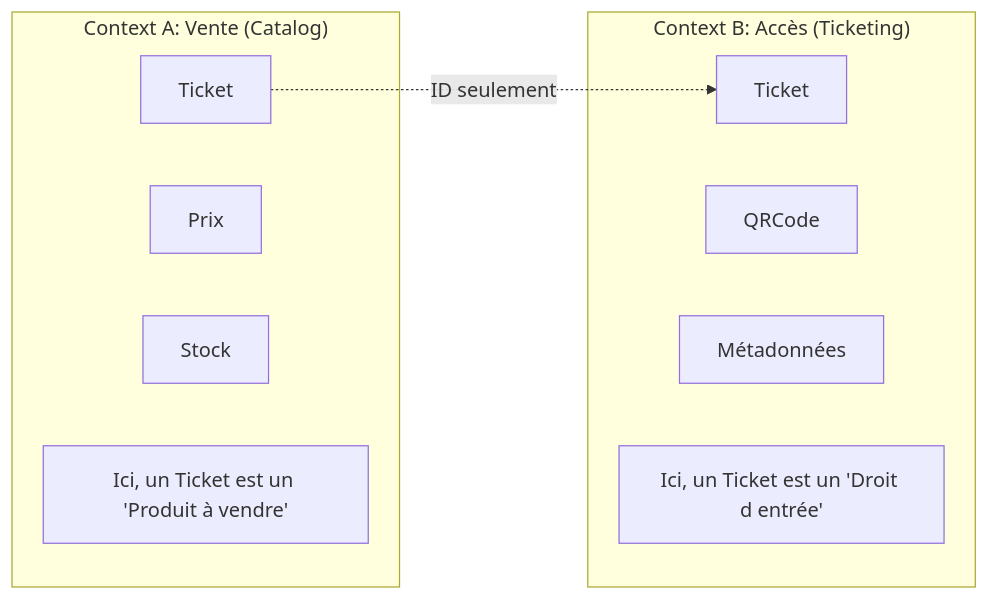
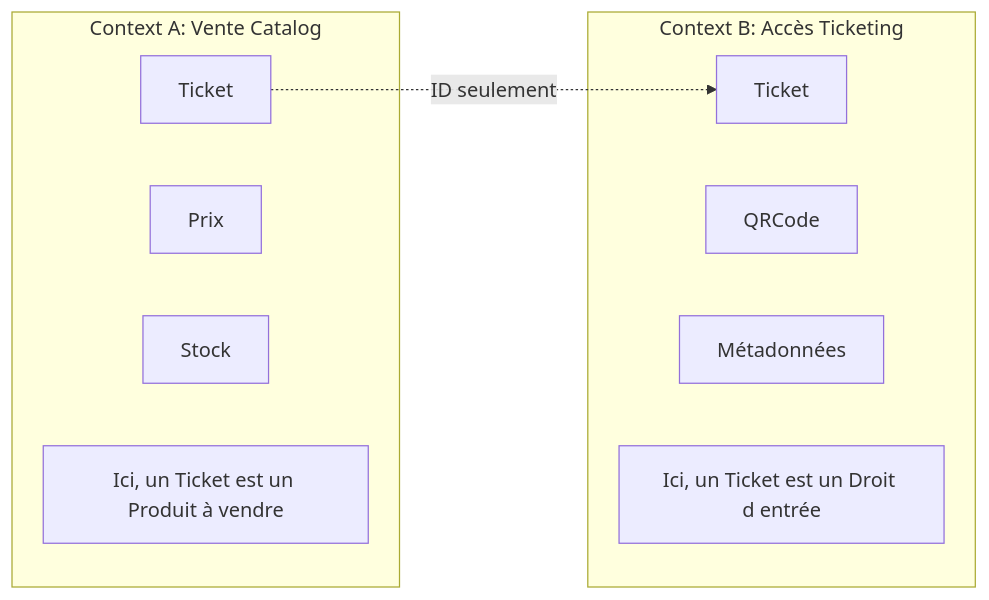
The first of 3 diagrams in slides/getting_started/_posts/0000-1-1-03_Projet.md (frderoubaix/path-to-production), drawn with Mermaid before and after one commit. The commit also changed other lines of this file, not shown here.

```diff
--- a/slides/getting_started/_posts/0000-1-1-03_Projet.md
+++ b/slides/getting_started/_posts/0000-1-1-03_Projet.md
@@ -117,18 +117,16 @@
-<div class="mermaid">
+<pre class="mermaid">
 flowchart LR
-    subgraph ContextA ["Context A: Vente (Catalog)"]
-        T1[Ticket]
-        P1[Prix]
-        S1[Stock]
-        Note1[Ici, un Ticket est un 'Produit à vendre']
-    end
-
-    subgraph ContextB ["Context B: Accès (Ticketing)"]
-        T2[Ticket]
-        Q[QRCode]
-        M[Métadonnées]
-        Note2[Ici, un Ticket est un 'Droit d entrée']
-    end
-
-    T1 -.->|ID seulement| T2
-</div>
+subgraph ContextA [Context A: Vente Catalog]
+    T1[Ticket]
+    P1[Prix]
+    S1[Stock]
+    Note1[Ici, un Ticket est un Produit à vendre]
+end
+subgraph ContextB [Context B: Accès Ticketing]
+    T2[Ticket]
+    Q[QRCode]
+    M[Métadonnées]
+    Note2[Ici, un Ticket est un Droit d entrée]
+end
+T1 -.->|ID seulement| T2
+</pre>
```
